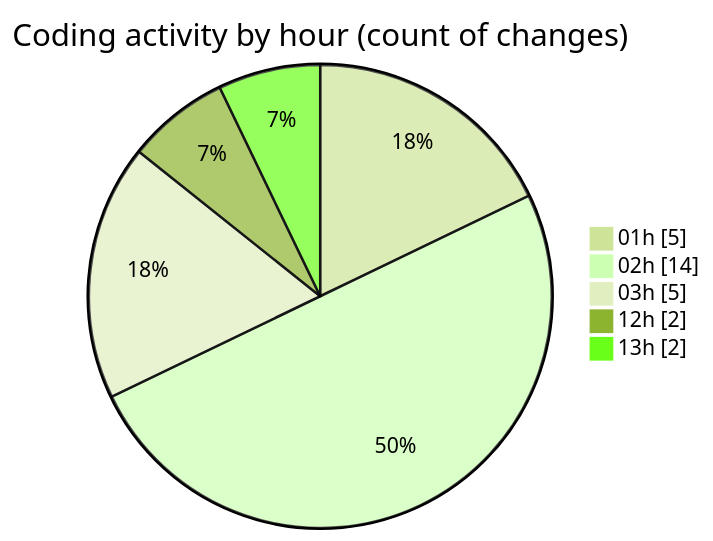
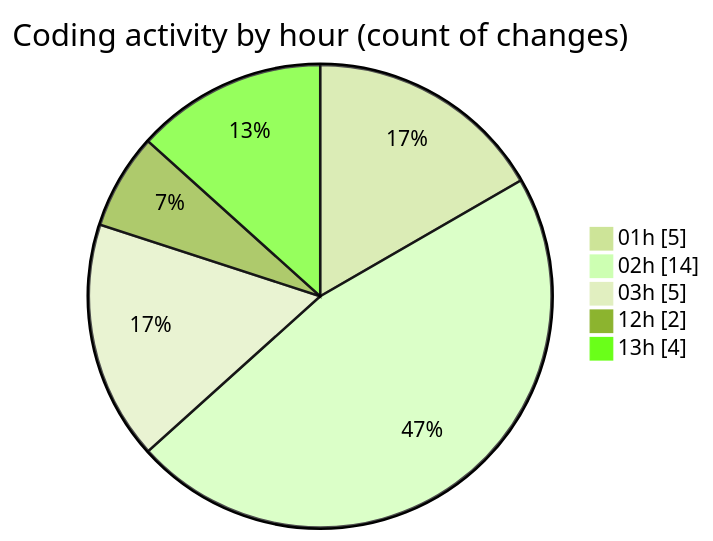
The second of 2 diagrams in 2025-10-23/eventscop-frontend-guide__workspace_/README.md (julien-gomy/code-tracking), drawn with Mermaid (forest theme) before and after one commit. The commit also changed other lines of this file and 1 other file, not shown here.

````diff
--- a/2025-10-23/eventscop-frontend-guide__workspace_/README.md
+++ b/2025-10-23/eventscop-frontend-guide__workspace_/README.md
@@ -39,9 +40,9 @@
 ```mermaid
 pie showData
 title Coding activity by hour (count of changes)
 "01h" : 5
 "02h" : 14
 "03h" : 5
 "12h" : 2
-"13h" : 2
+"13h" : 4
 ```
````
